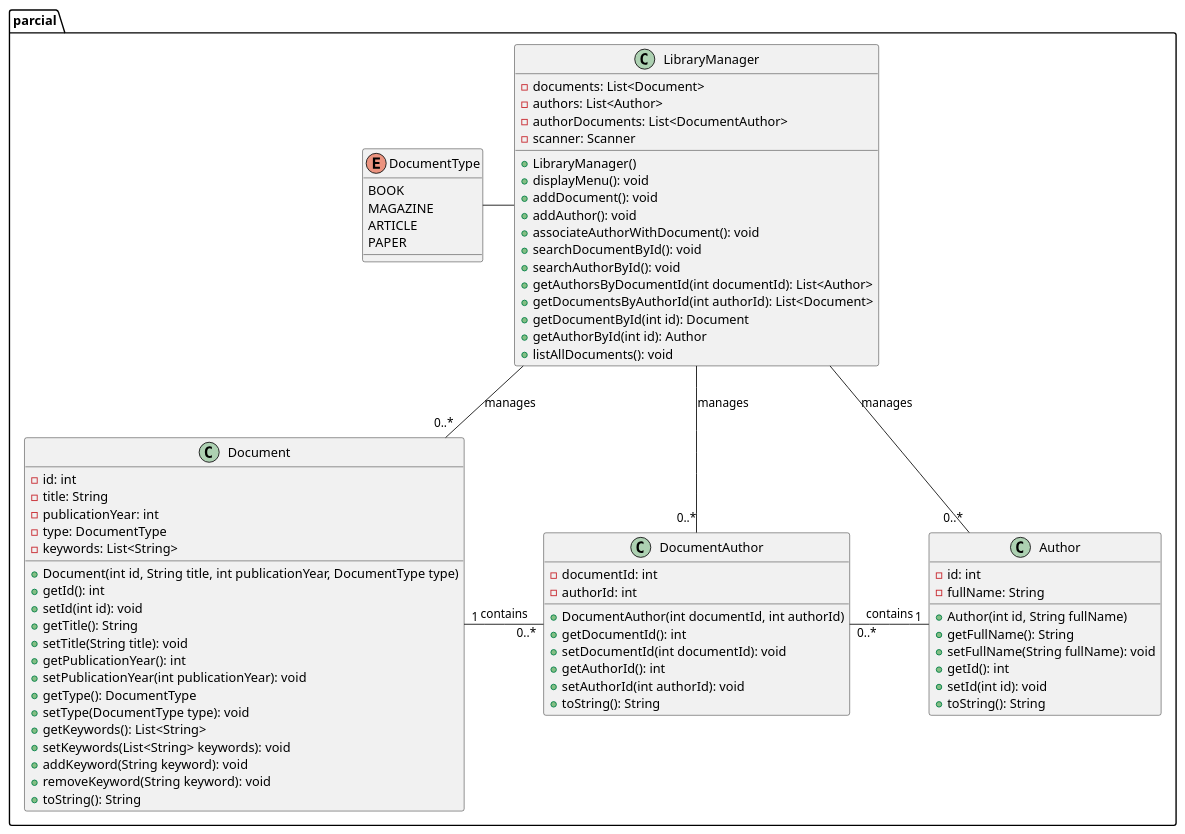
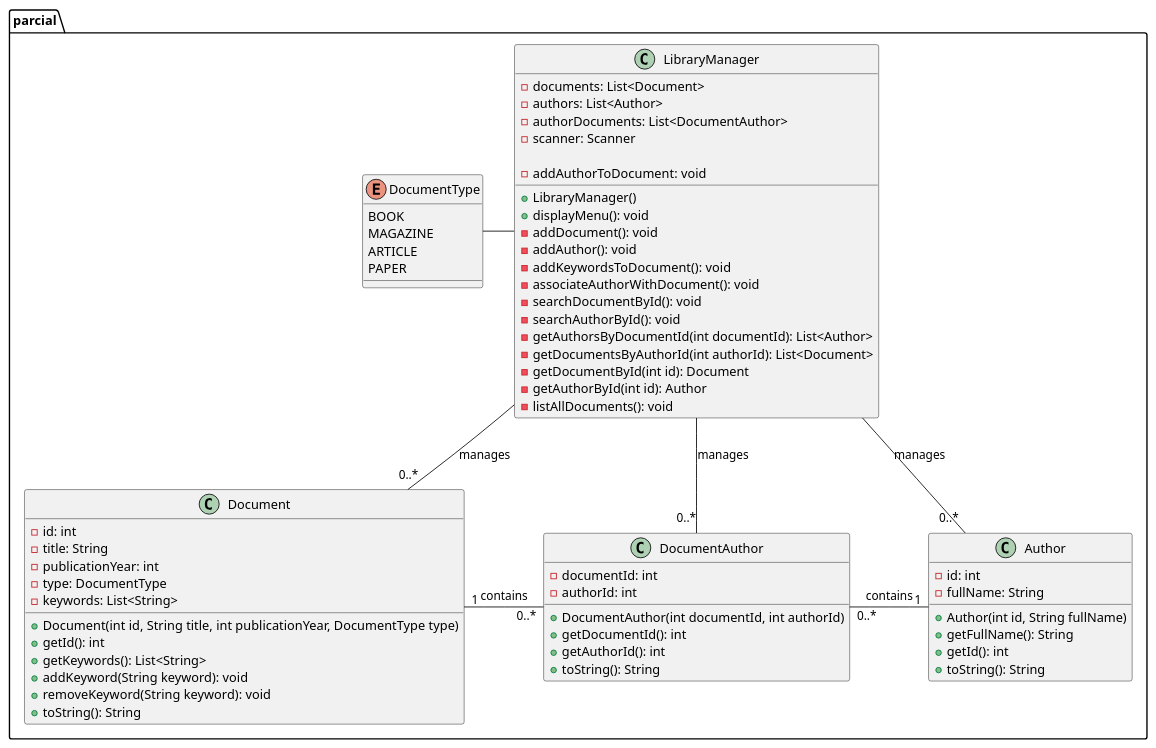
One commit to Martinez-rosa/23-24-eda2-ep changed the diagram in entregas/martinezMaura/parcial-eda2/Diagrama/Diagrama.puml. Above: the diagram before and after it, drawn with PlantUML. The commit also changed 1 other file, not shown here.

Commit message:
Updating diagrama

```diff
--- a/entregas/martinezMaura/parcial-eda2/Diagrama/Diagrama.puml
+++ b/entregas/martinezMaura/parcial-eda2/Diagrama/Diagrama.puml
@@ -1,85 +1,75 @@
 @startuml
 package "parcial" {
     class Author {
         - id: int
         - fullName: String
 
         + Author(int id, String fullName)
         + getFullName(): String
-        + setFullName(String fullName): void
         + getId(): int
-        + setId(int id): void
         + toString(): String
     }
 
     enum DocumentType {
         BOOK
         MAGAZINE
         ARTICLE
         PAPER
     }
 
     class Document {
         - id: int
         - title: String
         - publicationYear: int
         - type: DocumentType
         - keywords: List<String>
 
         + Document(int id, String title, int publicationYear, DocumentType type)
         + getId(): int
-        + setId(int id): void
-        + getTitle(): String
-        + setTitle(String title): void
-        + getPublicationYear(): int
-        + setPublicationYear(int publicationYear): void
-        + getType(): DocumentType
-        + setType(DocumentType type): void
         + getKeywords(): List<String>
-        + setKeywords(List<String> keywords): void
         + addKeyword(String keyword): void
         + removeKeyword(String keyword): void
         + toString(): String
     }
 
     class DocumentAuthor {
         - documentId: int
         - authorId: int
 
         + DocumentAuthor(int documentId, int authorId)
         + getDocumentId(): int
-        + setDocumentId(int documentId): void
         + getAuthorId(): int
-        + setAuthorId(int authorId): void
         + toString(): String
     }
 
     class LibraryManager {
         - documents: List<Document>
         - authors: List<Author>
         - authorDocuments: List<DocumentAuthor>
         - scanner: Scanner
 
         + LibraryManager()
         + displayMenu(): void
-        + addDocument(): void
-        + addAuthor(): void
-        + associateAuthorWithDocument(): void
-        + searchDocumentById(): void
-        + searchAuthorById(): void
-        + getAuthorsByDocumentId(int documentId): List<Author>
-        + getDocumentsByAuthorId(int authorId): List<Document>
-        + getDocumentById(int id): Document
-        + getAuthorById(int id): Author
-        + listAllDocuments(): void
+        - addDocument(): void
+        - addAuthorToDocument: void
+        - addAuthor(): void
+        - addKeywordsToDocument(): void
+        - associateAuthorWithDocument(): void
+        - searchDocumentById(): void
+        - searchAuthorById(): void
+        - getAuthorsByDocumentId(int documentId): List<Author>
+        - getDocumentsByAuthorId(int authorId): List<Document>
+        - getDocumentById(int id): Document
+        - getAuthorById(int id): Author
+        - listAllDocuments(): void
     }
 }
 
 LibraryManager -- "0..*" Document : manages
 LibraryManager -- "0..*" Author : manages
 LibraryManager -- "0..*" DocumentAuthor : manages
 Author "1" -l- "0..*" DocumentAuthor : contains
 Document "1" -r- "0..*"DocumentAuthor : contains
 DocumentType -r- LibraryManager
 
 @enduml
```
